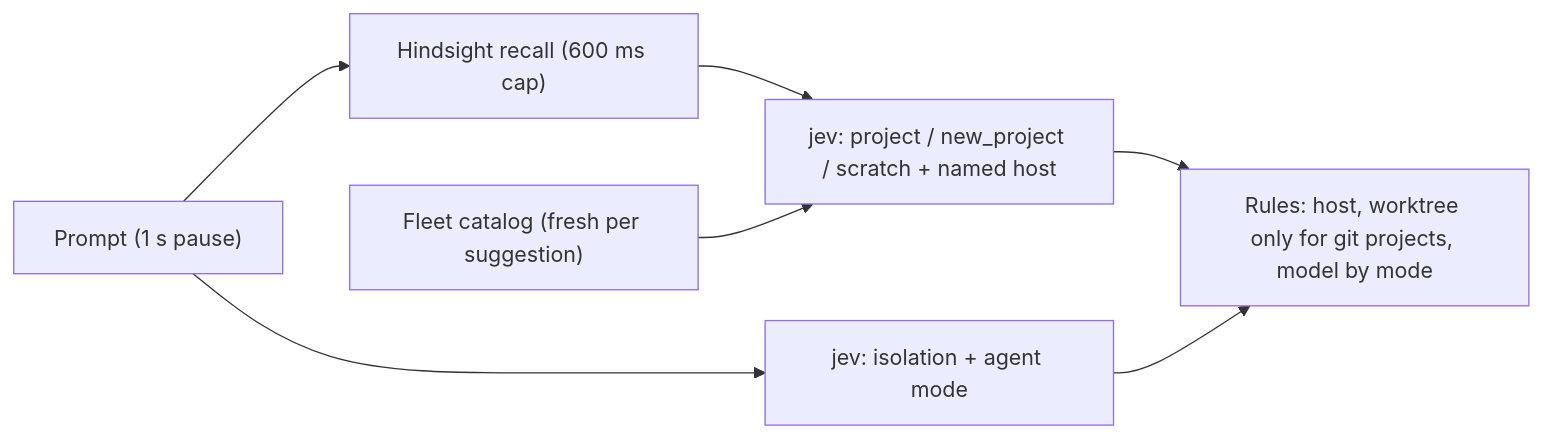
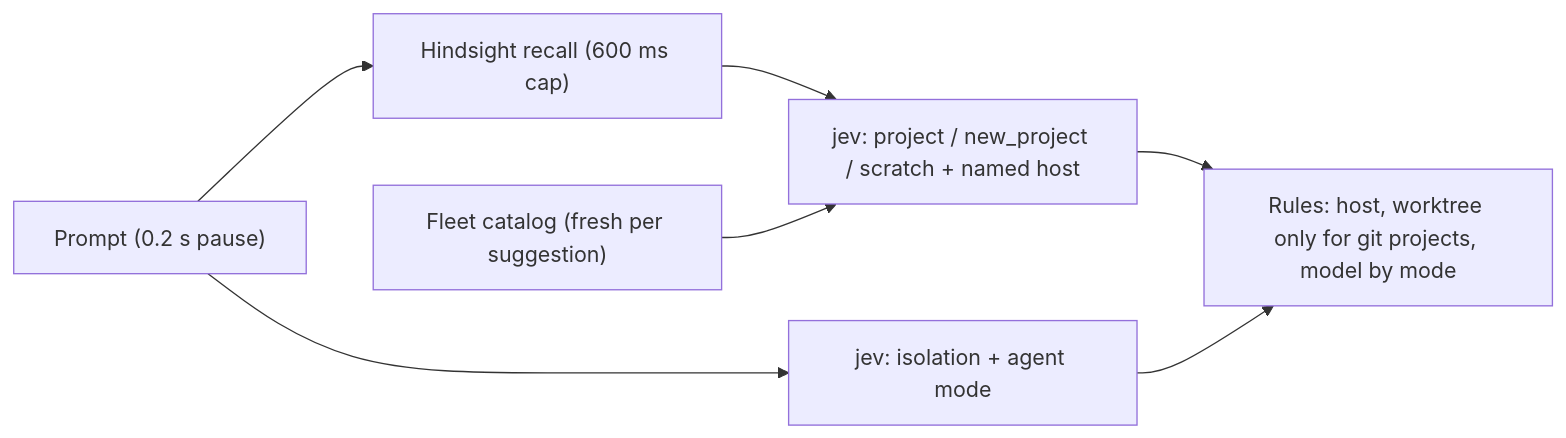
Before and after one commit to iammvaibhav/paseo: the diagram in docs/routing.md, drawn with Mermaid. The commit also changed other lines of this file and 2 other files, not shown here.

Commit message:
routing: fire suggestions after a 0.2 s typing pause

````diff
--- a/docs/routing.md
+++ b/docs/routing.md
@@ -7,9 +7,9 @@
 ```mermaid
 flowchart LR
-  P["Prompt (1 s pause)"] --> B["jev: isolation + agent mode"]
+  P["Prompt (0.2 s pause)"] --> B["jev: isolation + agent mode"]
   P --> H["Hindsight recall (600 ms cap)"]
   H --> A["jev: project / new_project / scratch + named host"]
   C["Fleet catalog (fresh per suggestion)"] --> A
   A --> R["Rules: host, worktree only for git projects, model by mode"]
   B --> R
 ```
````
